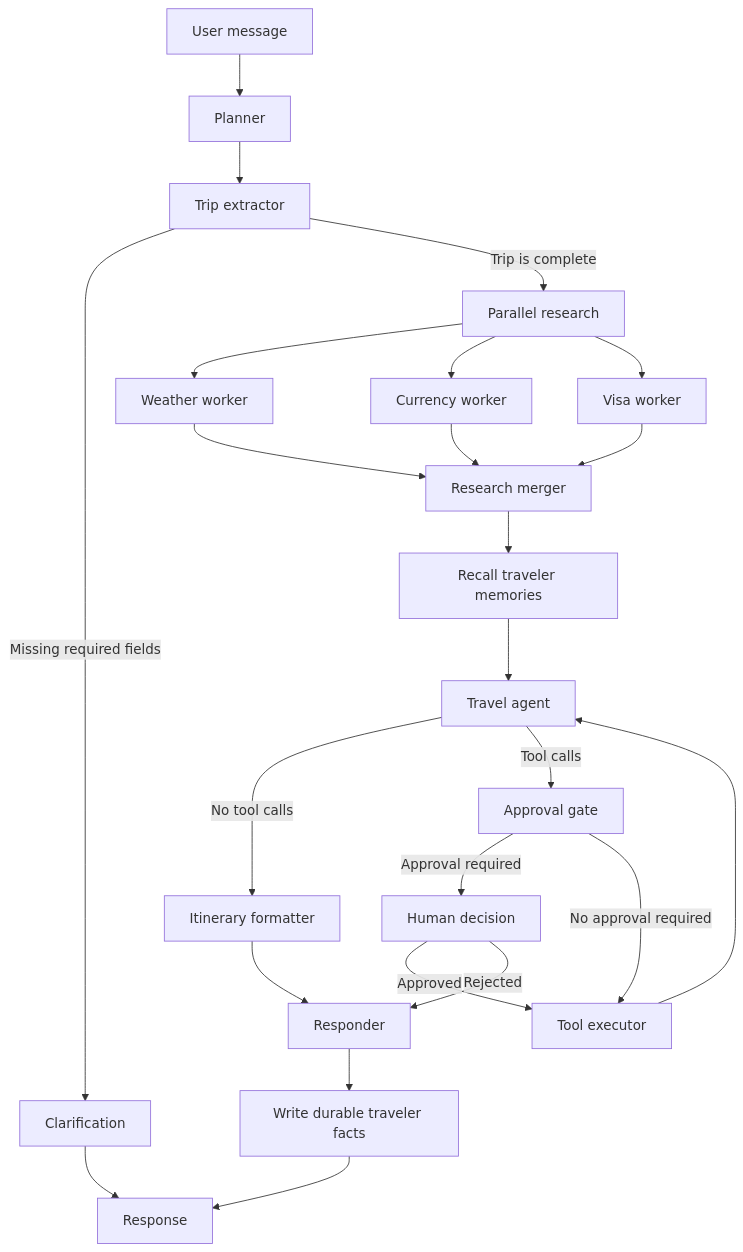
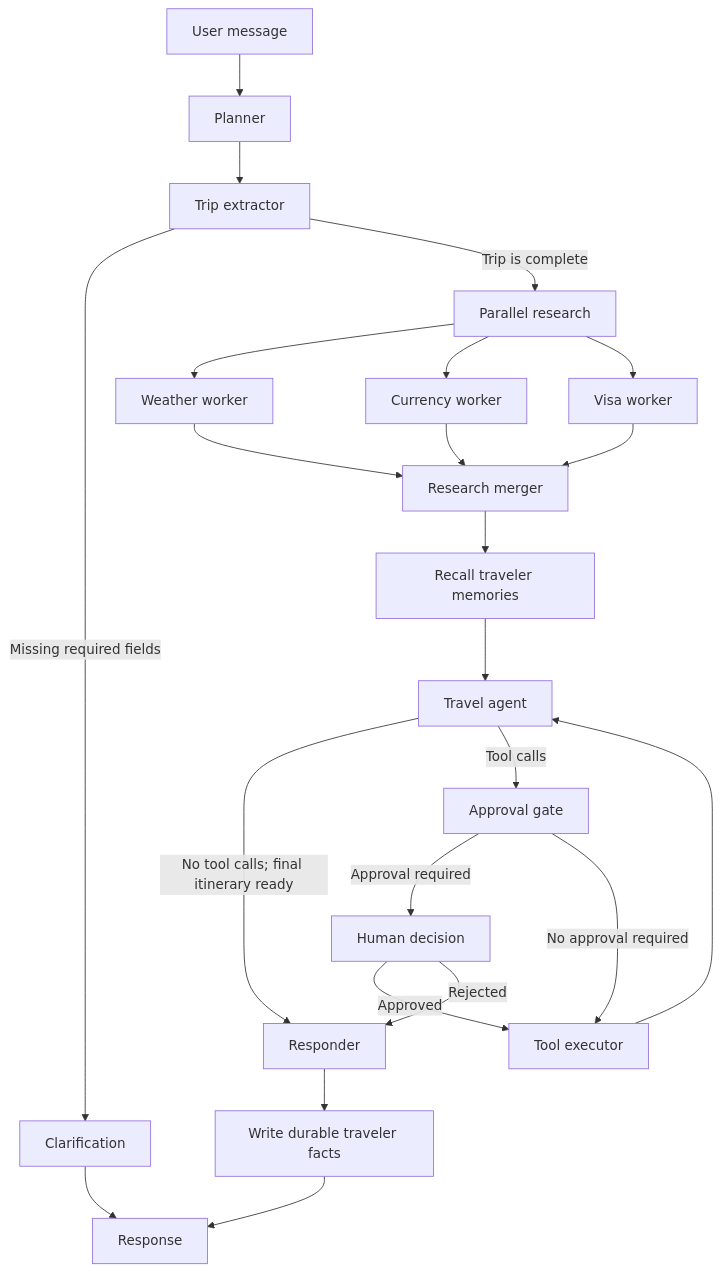
The diagram in README.md (NaimurRahmannn/TravelAI-Agent-v2-LangGraph), drawn with Mermaid before and after one commit. The commit also changed other lines of this file and 25 other files, not shown here.

Commit message:
feat: Groq(Trip extraction+clarification) and Gemini(tool reasoning and final itinerary answer)

````diff
--- a/README.md
+++ b/README.md
@@ -53,26 +53,25 @@
 ```mermaid
 flowchart TD
     A[User message] --> B[Planner]
     B --> C[Trip extractor]
     C -->|Missing required fields| D[Clarification]
     C -->|Trip is complete| E[Parallel research]
     E --> E1[Weather worker]
     E --> E2[Currency worker]
     E --> E3[Visa worker]
     E1 --> F[Research merger]
     E2 --> F
     E3 --> F
     F --> N[Recall traveler memories]
     N --> G[Travel agent]
-    G -->|No tool calls| H[Itinerary formatter]
+    G -->|No tool calls; final itinerary ready| L[Responder]
     G -->|Tool calls| I[Approval gate]
     I -->|Approval required| J[Human decision]
     I -->|No approval required| K[Tool executor]
     J -->|Approved| K
     J -->|Rejected| L[Responder]
     K --> G
-    H --> L
     D --> M[Response]
     L --> O[Write durable traveler facts]
     O --> M
 ```
````
